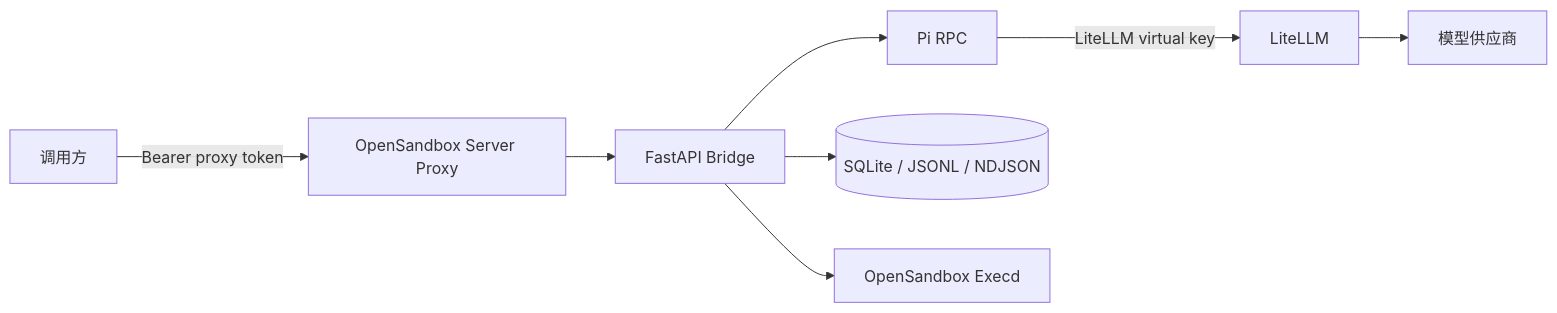
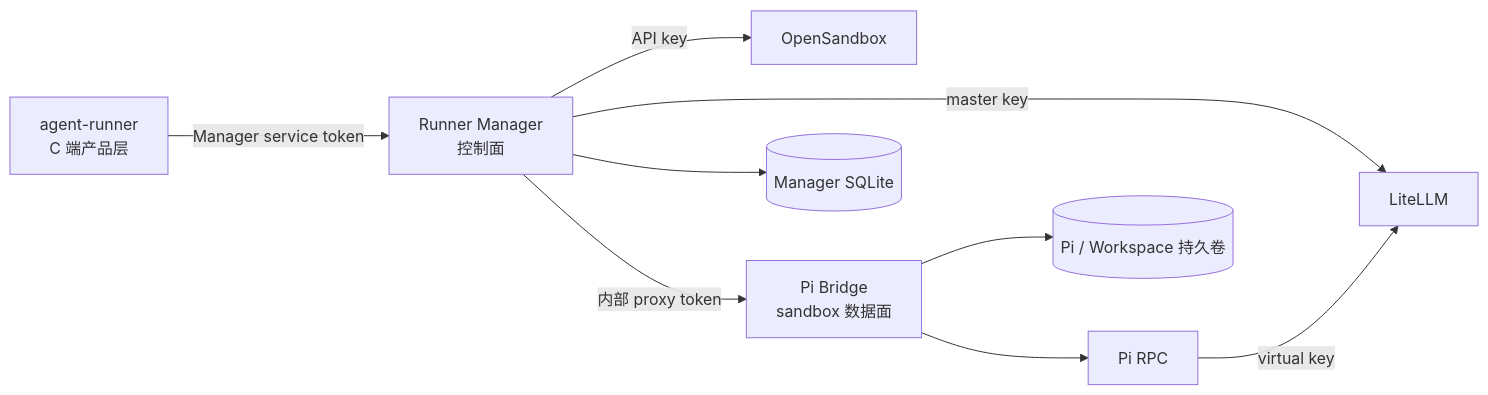
The diagram in README.md (JeseKi/pi-opensandbox-runner), drawn with Mermaid before and after one commit. The commit also changed other lines of this file and 44 other files, not shown here.

````diff
--- a/README.md
+++ b/README.md
@@ -21,10 +11,11 @@
 ```mermaid
 flowchart LR
-    caller[调用方] -->|Bearer proxy token| proxy[OpenSandbox Server Proxy]
-    proxy --> bridge[FastAPI Bridge]
+    product[agent-runner<br/>C 端产品层] -->|Manager service token| manager[Runner Manager<br/>控制面]
+    manager -->|API key| opensandbox[OpenSandbox]
+    manager -->|master key| litellm[LiteLLM]
+    manager -->|内部 proxy token| bridge[Pi Bridge<br/>sandbox 数据面]
     bridge --> pi[Pi RPC]
-    bridge --> state[(SQLite / JSONL / NDJSON)]
-    bridge --> execd[OpenSandbox Execd]
-    pi -->|LiteLLM virtual key| litellm[LiteLLM]
-    litellm --> model[模型供应商]
+    pi -->|virtual key| litellm
+    manager --> managerdb[(Manager SQLite)]
+    bridge --> volumes[(Pi / Workspace 持久卷)]
 ```
````
